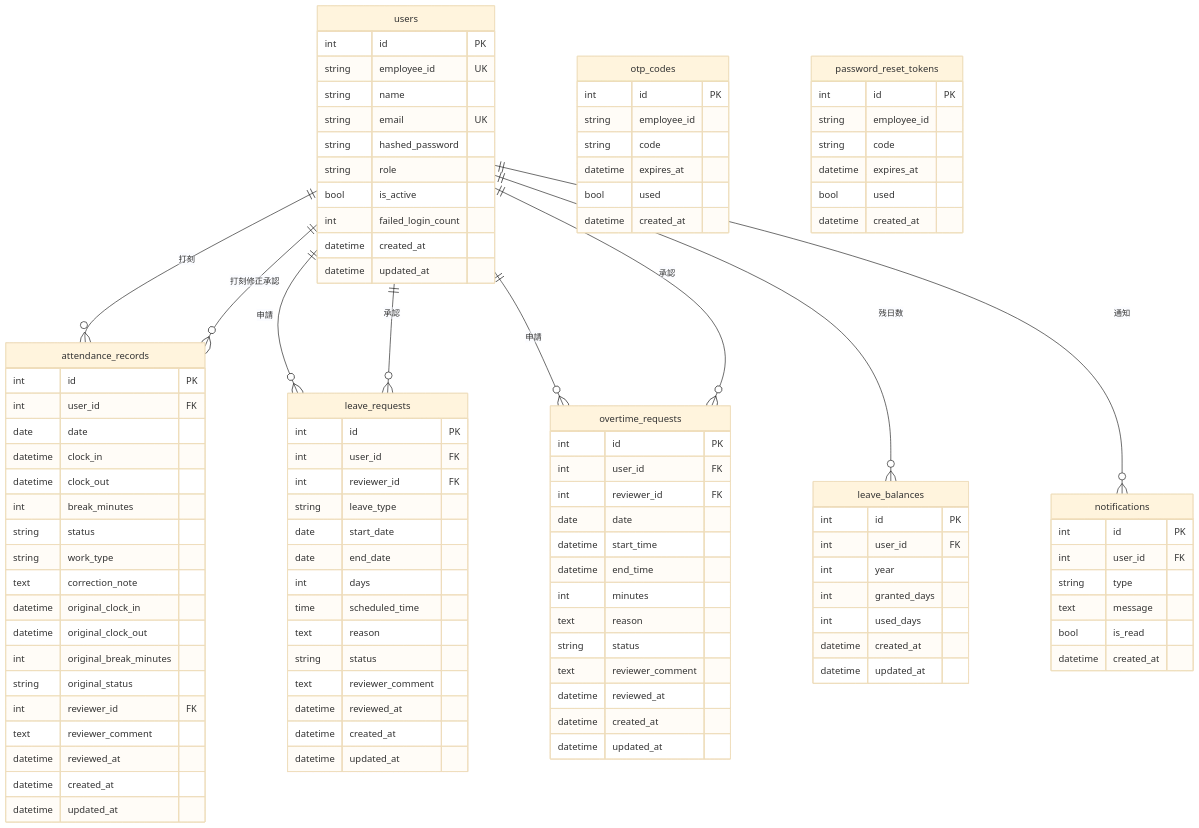
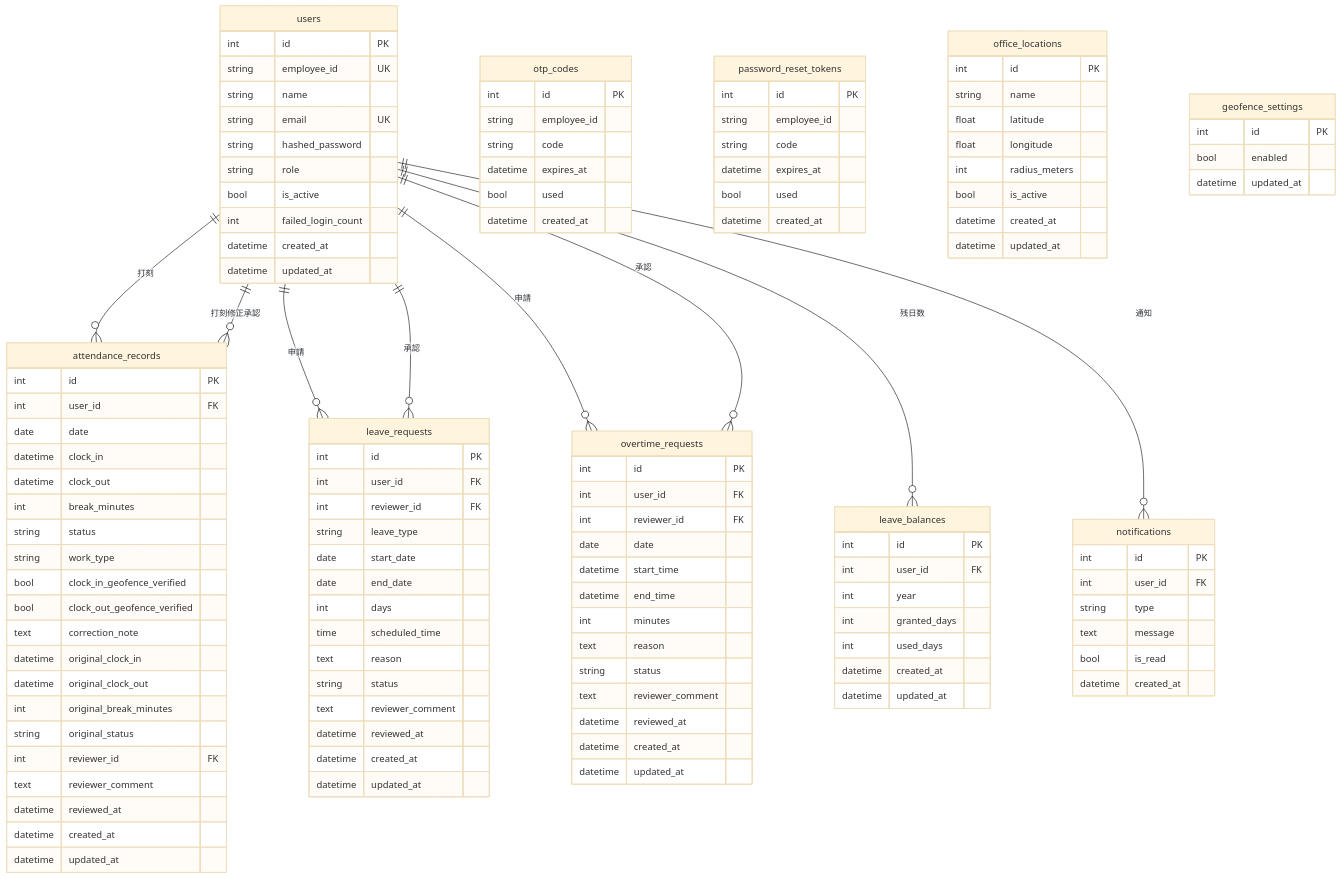
One commit to akki-secure/AttendEase changed the second of 2 diagrams in README.md. Above: the diagram before and after it, drawn with Mermaid (base theme). The commit also changed other lines of this file, not shown here.

Commit message:
docs: 画面遷移図・E-R図にジオフェンス関連を反映
拠点・ジオフェンス管理画面(/admin/locations)が画面遷移図に、
office_locations/geofence_settingsテーブルと
attendance_recordsのgeofence_verifiedカラムがE-R図に
それぞれ抜けていたため追記した。

```diff
--- a/README.md
+++ b/README.md
@@ -748,6 +750,8 @@
     int break_minutes
     string status
     string work_type
+    bool clock_in_geofence_verified
+    bool clock_out_geofence_verified
     text correction_note
     datetime original_clock_in
     datetime original_clock_out
@@ -830,6 +834,23 @@
     datetime created_at
   }
 
+  office_locations {
+    int id PK
+    string name
+    float latitude
+    float longitude
+    int radius_meters
+    bool is_active
+    datetime created_at
+    datetime updated_at
+  }
+
+  geofence_settings {
+    int id PK
+    bool enabled
+    datetime updated_at
+  }
+
   users ||--o{ attendance_records : "打刻"
   users ||--o{ leave_requests : "申請"
   users ||--o{ overtime_requests : "申請"
```
